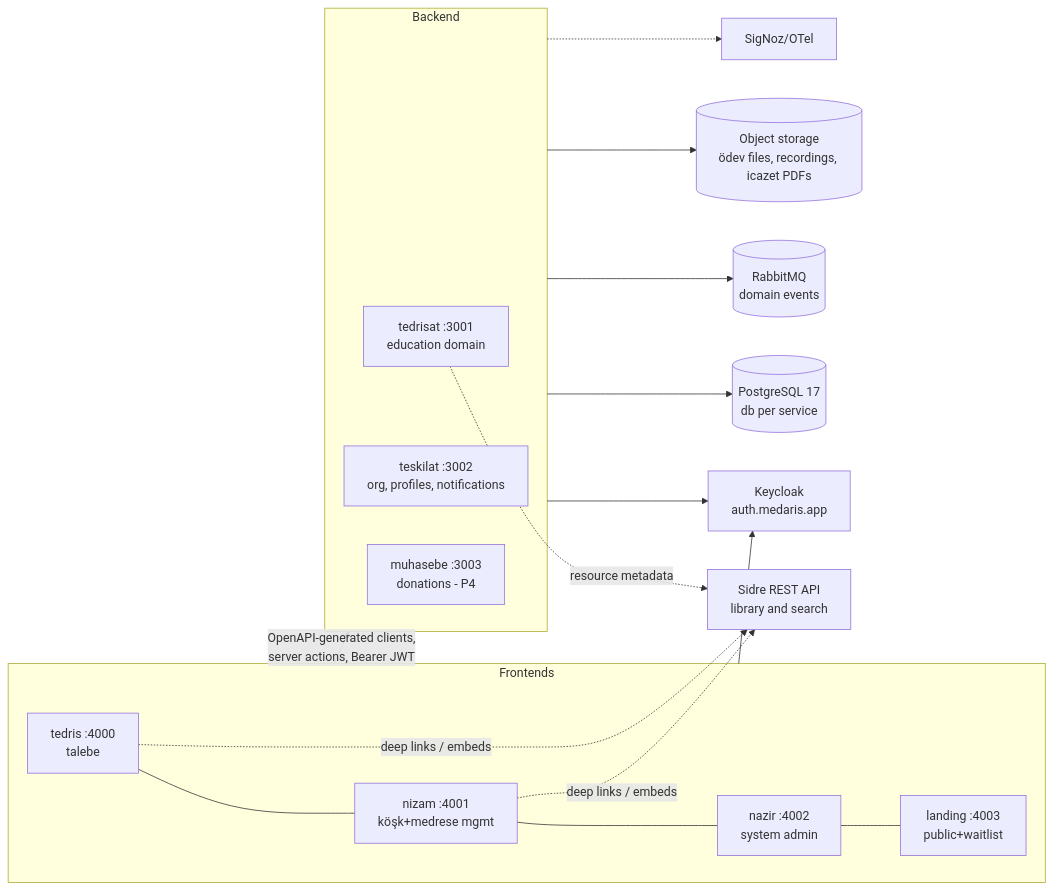
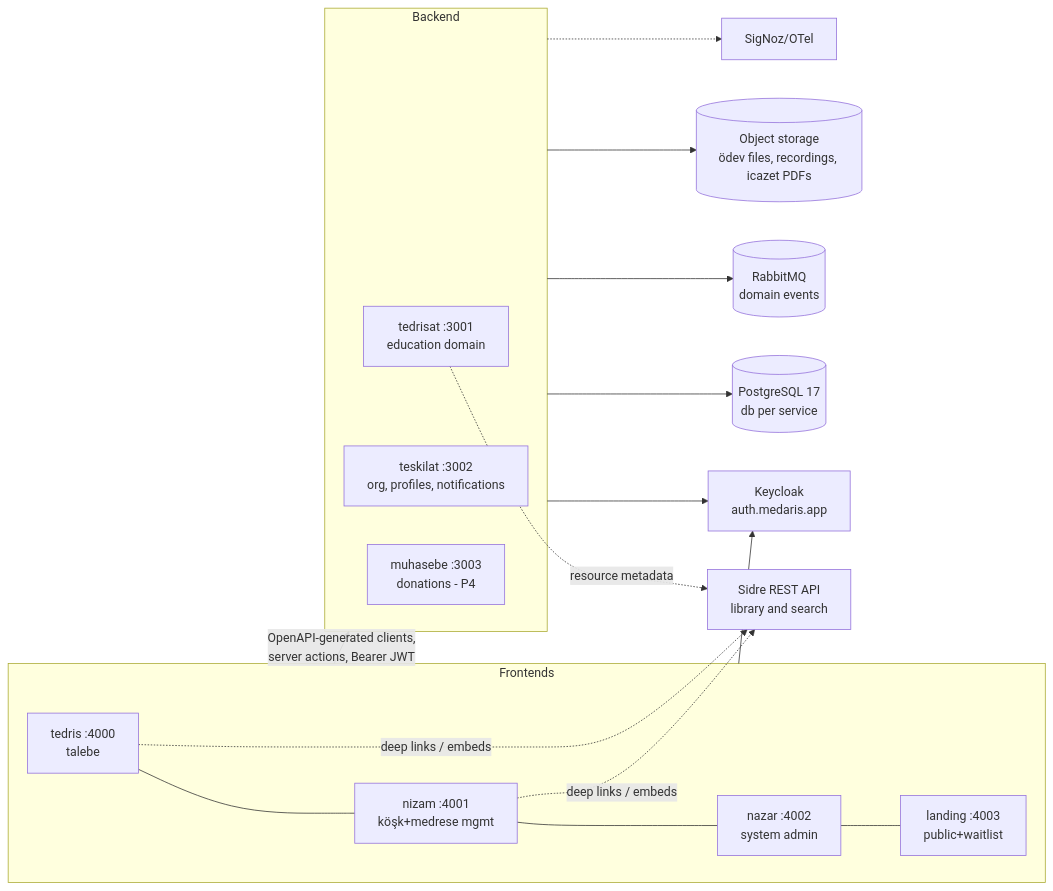
The second of 2 diagrams in docs/PRD.md (amel-tech/medaris), drawn with Mermaid before and after one commit. The commit also changed other lines of this file and 508 other files, not shown here.

First line of the commit message:
refactor(nazar-web): MDRS-250 rename the nazir app to nazar (#239)

````diff
--- a/docs/PRD.md
+++ b/docs/PRD.md
@@ -422,28 +422,28 @@
 ```mermaid
 graph LR
     subgraph Frontends
       T[tedris :4000<br/>talebe] --- N[nizam :4001<br/>köşk+medrese mgmt]
-      N --- NZ[nazir :4002<br/>system admin]
+      N --- NZ[nazar :4002<br/>system admin]
       NZ --- L[landing :4003<br/>public+waitlist]
     end
     subgraph Backend
       TD[tedrisat :3001<br/>education domain]
       TS[teskilat :3002<br/>org, profiles, notifications]
       MH[muhasebe :3003<br/>donations - P4]
     end
     KC[Keycloak<br/>auth.medaris.app]
     MQ[(RabbitMQ<br/>domain events)]
     PG[(PostgreSQL 17<br/>db per service)]
     OS[(Object storage<br/>ödev files, recordings, icazet PDFs)]
     SIG[SigNoz/OTel]
     SIDRE[Sidre REST API<br/>library and search]
     Frontends -->|OpenAPI-generated clients,<br/>server actions, Bearer JWT| Backend
     Frontends --> KC
     Backend --> KC
     Backend --> PG
     Backend --> MQ
     Backend --> OS
     Backend -.-> SIG
     T & N -.->|deep links / embeds| SIDRE
     TD -.->|resource metadata| SIDRE
 ```
````
